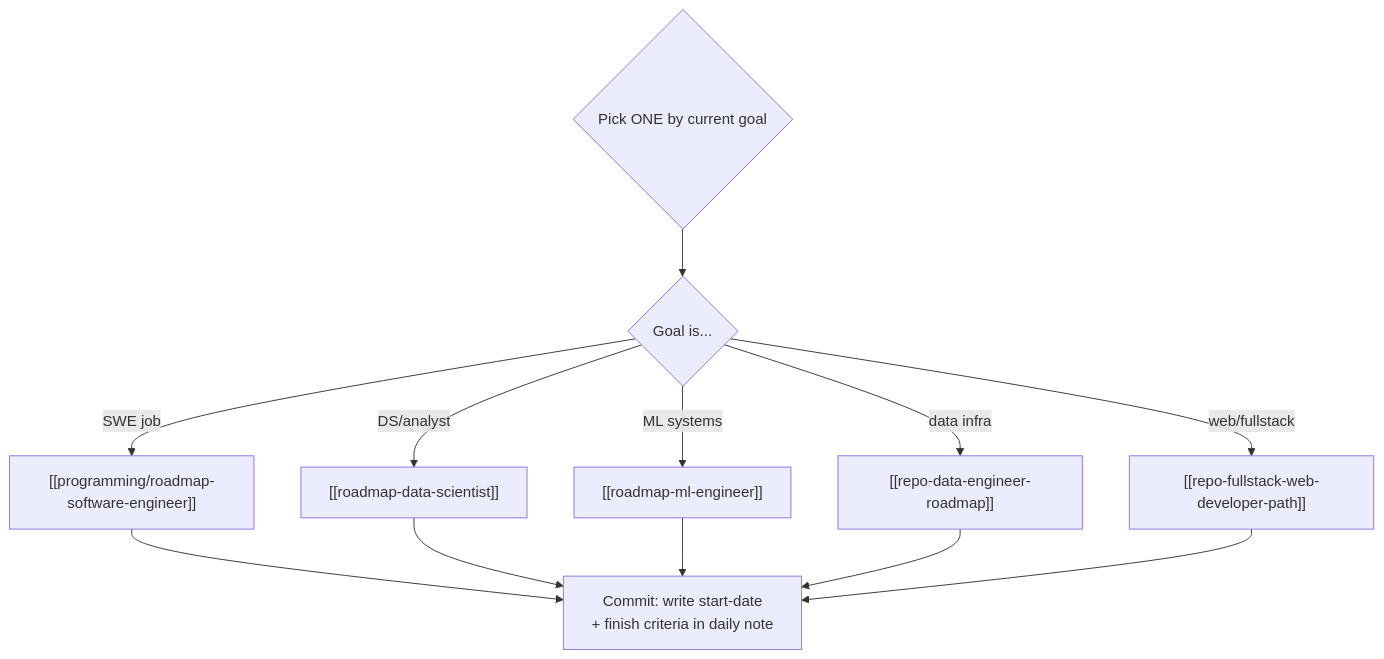
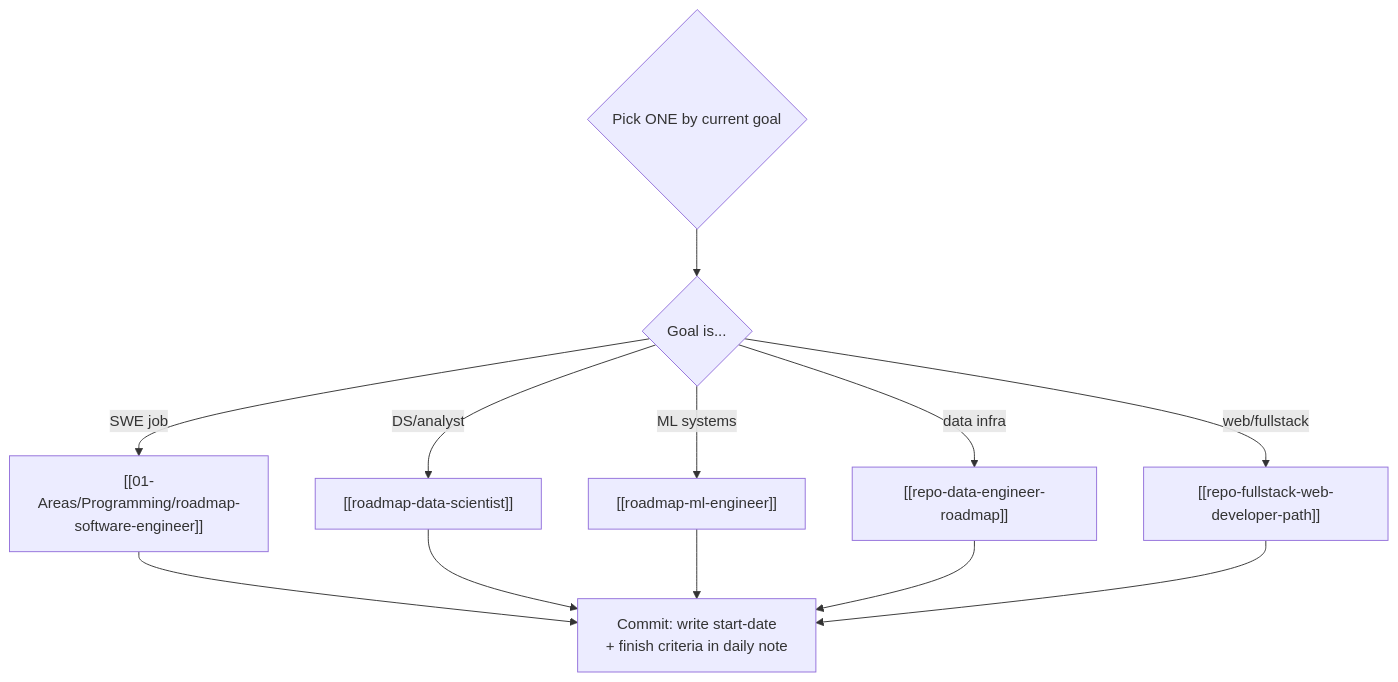
The diagram in wiki/01-Areas/Business/careers/roadmaps-and-study-guides.md (Anirudh-2810/Second-Brain), drawn with Mermaid before and after one commit. The commit also changed other lines of this file and 62 other files, not shown here.

Commit message:
feat: link-integrity sweep (2445 checked, 20+ fixed, 0 real broken) + wrap-up final-commit guarantee + soft-dark per-module graph colors

````diff
--- a/wiki/01-Areas/Business/careers/roadmaps-and-study-guides.md
+++ b/wiki/01-Areas/Business/careers/roadmaps-and-study-guides.md
@@ -57,10 +57,10 @@
 ```mermaid
 flowchart TD
     P{"Pick ONE by current goal"} --> G{"Goal is..."}
-    G -->|"SWE job"| SWE["[[programming/roadmap-software-engineer]]"]
+    G -->|"SWE job"| SWE["[[01-Areas/Programming/roadmap-software-engineer]]"]
     G -->|"DS/analyst"| DS["[[roadmap-data-scientist]]"]
     G -->|"ML systems"| MLE["[[roadmap-ml-engineer]]"]
     G -->|"data infra"| DE["[[repo-data-engineer-roadmap]]"]
     G -->|"web/fullstack"| FW["[[repo-fullstack-web-developer-path]]"]
     SWE & DS & MLE & DE & FW --> C["Commit: write start-date<br/>+ finish criteria in daily note"]
 ```
````
